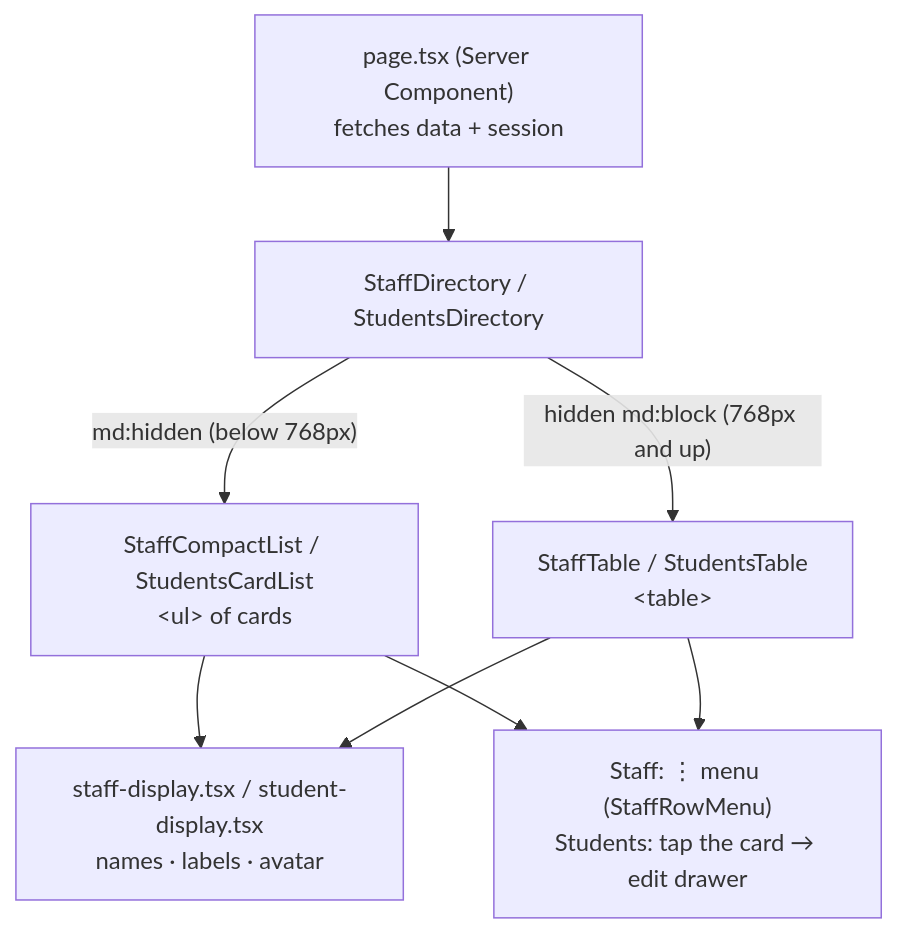
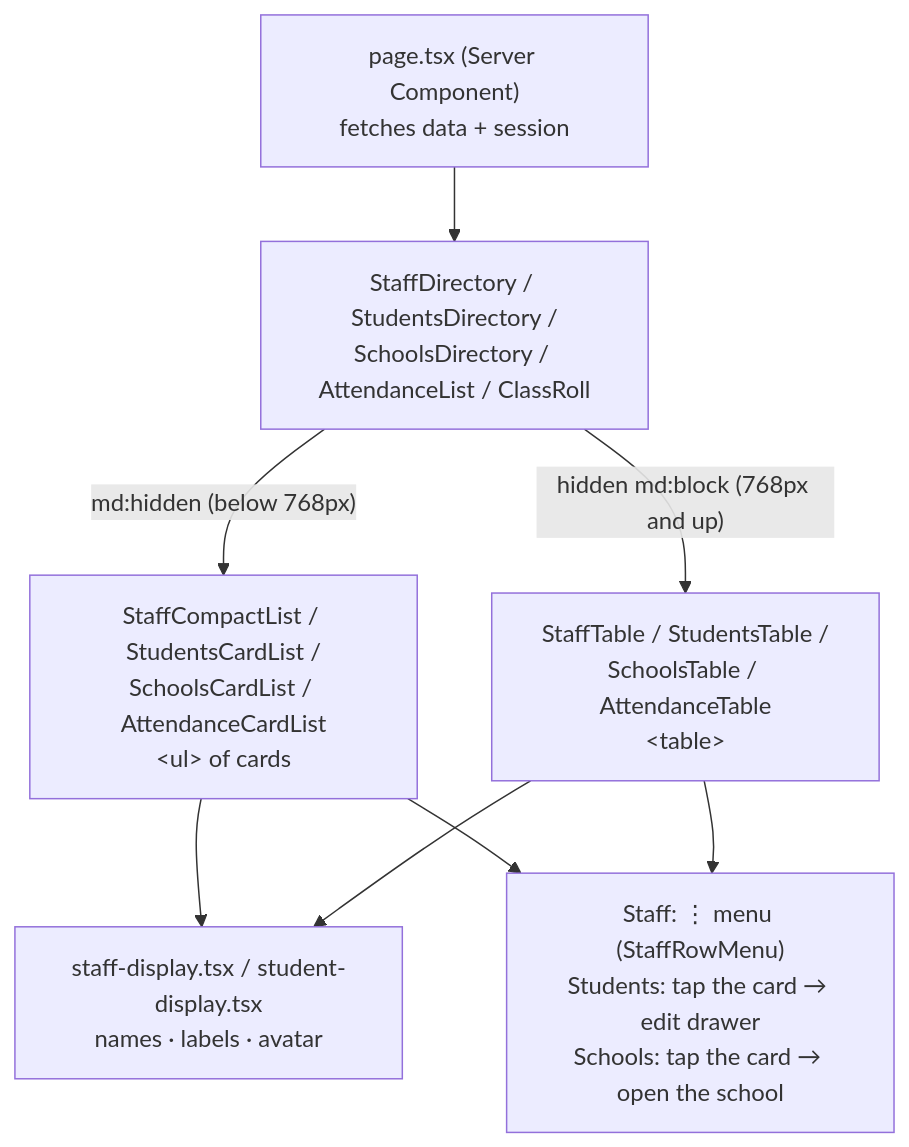
One commit to psmacabulos/talaan changed the diagram in docs/RESPONSIVE-LISTS.md. Above: the diagram before and after it, drawn with Mermaid. The commit also changed other lines of this file and 24 other files, not shown here.

````diff
--- a/docs/RESPONSIVE-LISTS.md
+++ b/docs/RESPONSIVE-LISTS.md
@@ -14,10 +14,10 @@
 ```mermaid
 flowchart TB
-    Page["page.tsx (Server Component)<br/>fetches data + session"] --> Dir["StaffDirectory / StudentsDirectory"]
-    Dir -->|"md:hidden (below 768px)"| List["StaffCompactList / StudentsCardList<br/>&lt;ul&gt; of cards"]
-    Dir -->|"hidden md:block (768px and up)"| Table["StaffTable / StudentsTable<br/>&lt;table&gt;"]
+    Page["page.tsx (Server Component)<br/>fetches data + session"] --> Dir["StaffDirectory / StudentsDirectory /<br/>SchoolsDirectory / AttendanceList / ClassRoll"]
+    Dir -->|"md:hidden (below 768px)"| List["StaffCompactList / StudentsCardList /<br/>SchoolsCardList / AttendanceCardList<br/>&lt;ul&gt; of cards"]
+    Dir -->|"hidden md:block (768px and up)"| Table["StaffTable / StudentsTable /<br/>SchoolsTable / AttendanceTable<br/>&lt;table&gt;"]
     List --> Shared["staff-display.tsx / student-display.tsx<br/>names · labels · avatar"]
     Table --> Shared
-    List --> Open["Staff: ⋮ menu (StaffRowMenu)<br/>Students: tap the card → edit drawer"]
+    List --> Open["Staff: ⋮ menu (StaffRowMenu)<br/>Students: tap the card → edit drawer<br/>Schools: tap the card → open the school"]
     Table --> Open
 ```
````
